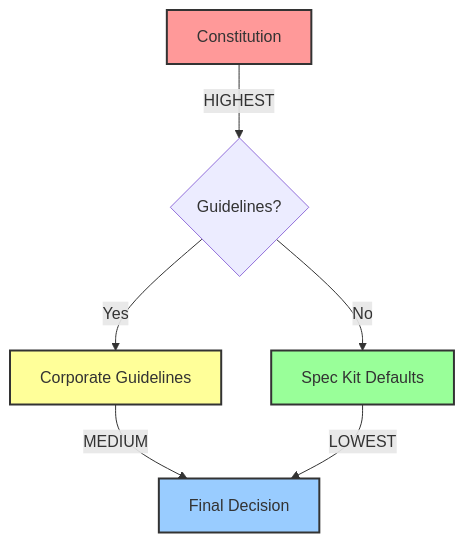
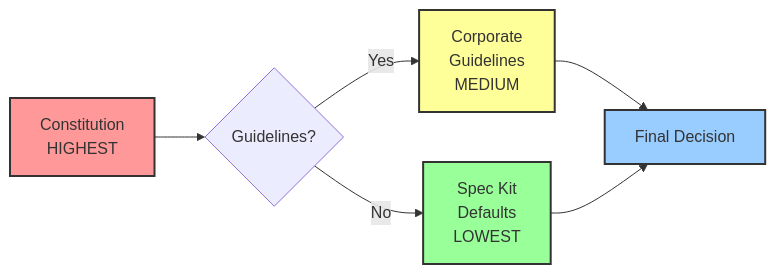
Before and after one commit to veerabhadra-ponna/spec-kit-smart: the sixth of 6 diagrams in README.md, drawn with Mermaid. The commit also changed other lines of this file, not shown here.

````diff
--- a/README.md
+++ b/README.md
@@ -1339,13 +1282,13 @@
 ```mermaid
-graph TD
-    A[Constitution] --> | HIGHEST | B{Guidelines?}
-    B --> | Yes | C[Corporate Guidelines]
-    B --> | No | D[Spec Kit Defaults]
-    C --> | MEDIUM | E[Final Decision]
-    D --> | LOWEST | E
+graph LR
+    A[Constitution<br/>HIGHEST] --> B{Guidelines?}
+    B -->|Yes| C[Corporate<br/>Guidelines<br/>MEDIUM]
+    B -->|No| D[Spec Kit<br/>Defaults<br/>LOWEST]
+    C --> E[Final Decision]
+    D --> E
 
     style A fill:#ff9999,stroke:#333,stroke-width:2px
     style C fill:#ffff99,stroke:#333,stroke-width:2px
     style D fill:#99ff99,stroke:#333,stroke-width:2px
     style E fill:#99ccff,stroke:#333,stroke-width:2px
 ```
````
